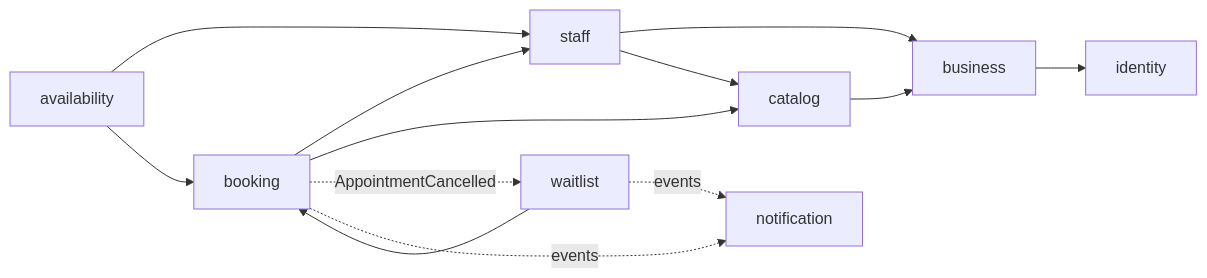
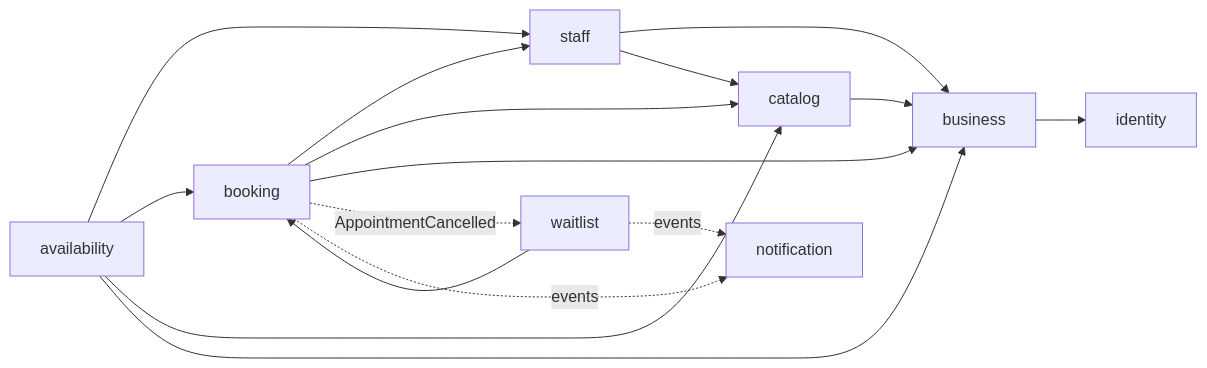
Before and after one commit to MirayBozdogan/appointment-management: the first of 2 diagrams in docs/architecture.md, drawn with Mermaid.

Commit message:
Document availability module dependencies

````diff
--- a/docs/architecture.md
+++ b/docs/architecture.md
@@ -30,15 +30,18 @@
 ```mermaid
 flowchart LR
     business --> identity
     catalog --> business
     staff --> business
     staff --> catalog
     booking --> staff
     booking --> catalog
+    booking --> business
     availability --> staff
     availability --> booking
+    availability --> catalog
+    availability --> business
     waitlist --> booking
     booking -. AppointmentCancelled .-> waitlist
     booking -. events .-> notification
     waitlist -. events .-> notification
 ```
````
